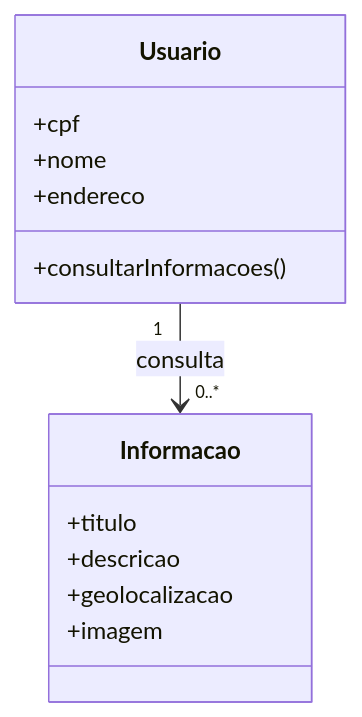
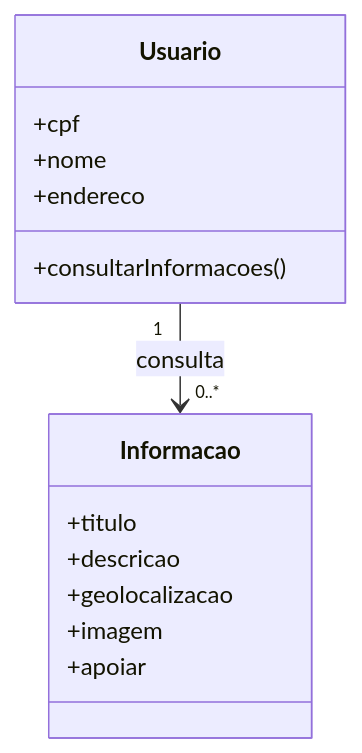
Before and after one commit to RobAbProjADS/alertaCidade: the second of 2 diagrams in README.md, drawn with Mermaid. The commit also changed other lines of this file, not shown here.

````diff
--- a/README.md
+++ b/README.md
@@ -80,18 +81,19 @@
 ```mermaid
 classDiagram
     class Usuario {
         +cpf
         +nome
         +endereco
         +consultarInformacoes()
     }
 
     class Informacao {
         +titulo
         +descricao
         +geolocalizacao
         +imagem
+        +apoiar
     }
 
     Usuario "1" --> "0..*" Informacao : consulta
 ```
````
